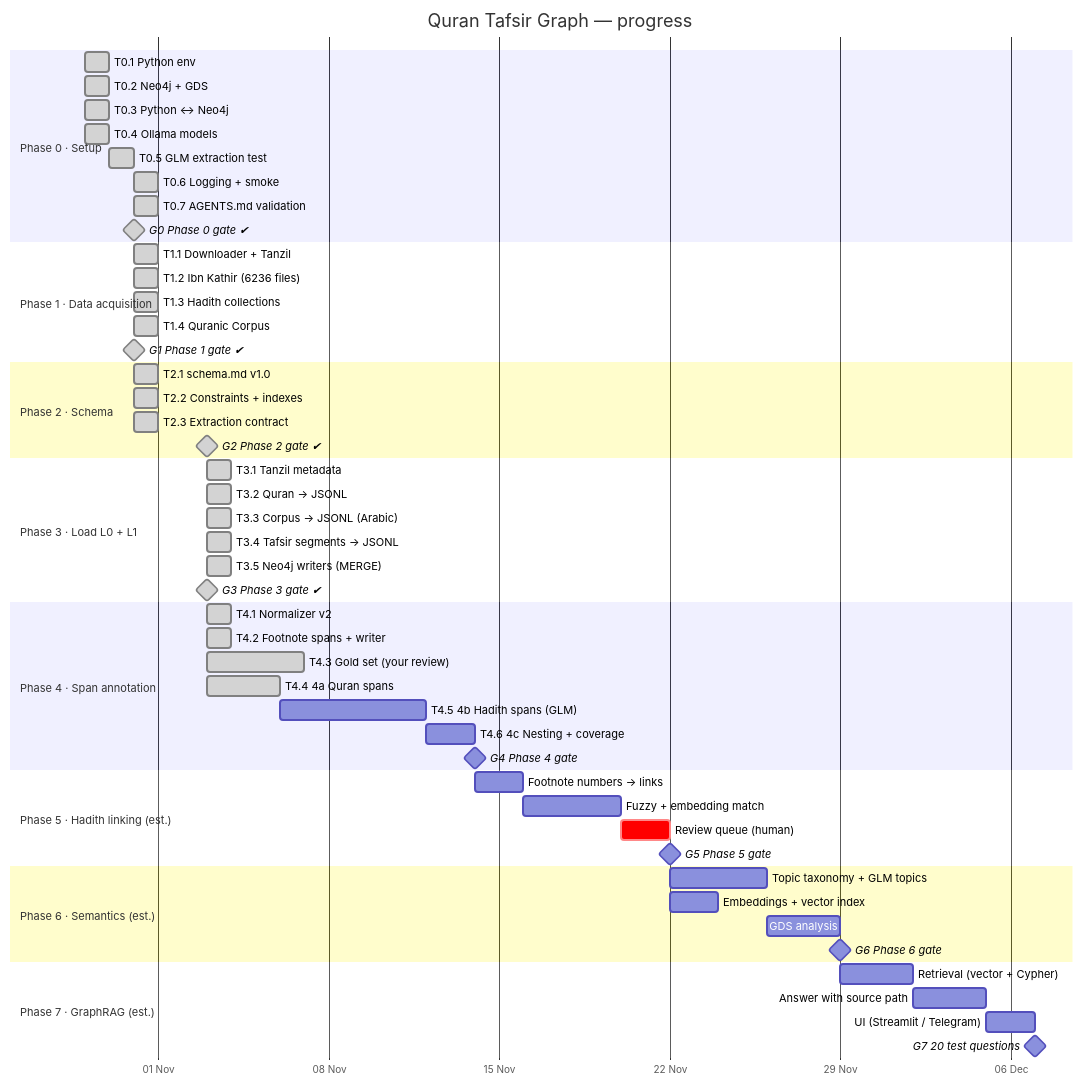
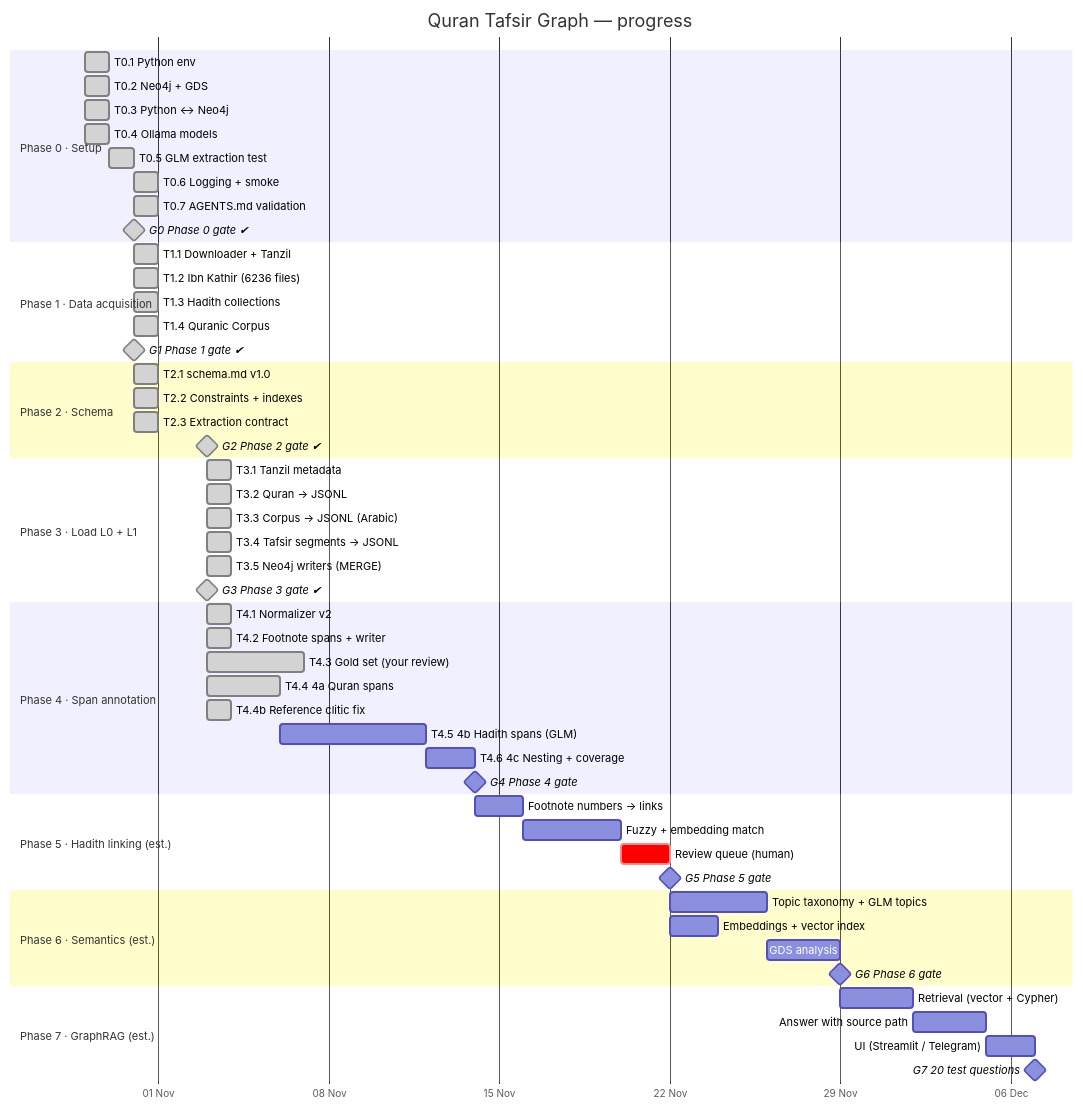
Before and after one commit to mohamed-soubhi/quran-graph: the diagram in docs/GANTT.md, drawn with Mermaid. The commit also changed other lines of this file and 2 other files, not shown here.

````diff
--- a/docs/GANTT.md
+++ b/docs/GANTT.md
@@ -9,65 +9,66 @@
 ```mermaid
 gantt
     title Quran Tafsir Graph — progress
     dateFormat YYYY-MM-DD
     axisFormat %d %b
     todayMarker stroke-width:3px,stroke:#d33
 
     section Phase 0 · Setup
     T0.1 Python env                 :done, t01, 2026-10-29, 1d
     T0.2 Neo4j + GDS                :done, t02, 2026-10-29, 1d
     T0.3 Python ↔ Neo4j             :done, t03, 2026-10-29, 1d
     T0.4 Ollama models              :done, t04, 2026-10-29, 1d
     T0.5 GLM extraction test        :done, t05, 2026-10-30, 1d
     T0.6 Logging + smoke            :done, t06, 2026-10-31, 1d
     T0.7 AGENTS.md validation       :done, t07, 2026-10-31, 1d
     G0 Phase 0 gate ✔               :milestone, done, g0, 2026-10-31, 0d
 
     section Phase 1 · Data acquisition
     T1.1 Downloader + Tanzil        :done, t11, 2026-10-31, 1d
     T1.2 Ibn Kathir (6236 files)    :done, t12, 2026-10-31, 1d
     T1.3 Hadith collections         :done, t13, 2026-10-31, 1d
     T1.4 Quranic Corpus            :done, t14, 2026-10-31, 1d
     G1 Phase 1 gate ✔               :milestone, done, g1, 2026-10-31, 0d
 
     section Phase 2 · Schema
     T2.1 schema.md v1.0            :done, t21, 2026-10-31, 1d
     T2.2 Constraints + indexes      :done, t22, 2026-10-31, 1d
     T2.3 Extraction contract        :done, t23, 2026-10-31, 1d
     G2 Phase 2 gate ✔               :milestone, done, g2, 2026-11-03, 0d
 
     section Phase 3 · Load L0 + L1
     T3.1 Tanzil metadata            :done, t31, 2026-11-03, 1d
     T3.2 Quran → JSONL              :done, t32, 2026-11-03, 1d
     T3.3 Corpus → JSONL (Arabic)    :done, t33, 2026-11-03, 1d
     T3.4 Tafsir segments → JSONL    :done, t34, 2026-11-03, 1d
     T3.5 Neo4j writers (MERGE)      :done, p3b, 2026-11-03, 1d
     G3 Phase 3 gate ✔               :milestone, done, g3, 2026-11-03, 0d
 
     section Phase 4 · Span annotation
     T4.1 Normalizer v2              :done, t41, 2026-11-03, 1d
     T4.2 Footnote spans + writer    :done, t42, 2026-11-03, 1d
     T4.3 Gold set (your review)     :done, t43, 2026-11-03, 4d
     T4.4 4a Quran spans             :done, t44, 2026-11-03, 3d
+    T4.4b Reference clitic fix      :done, t44b, 2026-11-03, 1d
     T4.5 4b Hadith spans (GLM)      :t45, after t44, 6d
     T4.6 4c Nesting + coverage      :p4c, after t45, 2d
     G4 Phase 4 gate                 :milestone, g4, after p4c, 0d
 
     section Phase 5 · Hadith linking (est.)
     Footnote numbers → links        :p5a, after g4, 2d
     Fuzzy + embedding match         :p5b, after p5a, 4d
     Review queue (human)            :crit, p5c, after p5b, 2d
     G5 Phase 5 gate                 :milestone, g5, after p5c, 0d
 
     section Phase 6 · Semantics (est.)
     Topic taxonomy + GLM topics     :p6a, after g5, 4d
     Embeddings + vector index       :p6b, after g5, 2d
     GDS analysis                    :p6c, after p6a, 3d
     G6 Phase 6 gate                 :milestone, g6, after p6c, 0d
 
     section Phase 7 · GraphRAG (est.)
     Retrieval (vector + Cypher)     :p7a, after g6, 3d
     Answer with source path         :p7b, after p7a, 3d
     UI (Streamlit / Telegram)       :p7c, after p7b, 2d
     G7 20 test questions            :milestone, g7, after p7c, 0d
 ```
````
